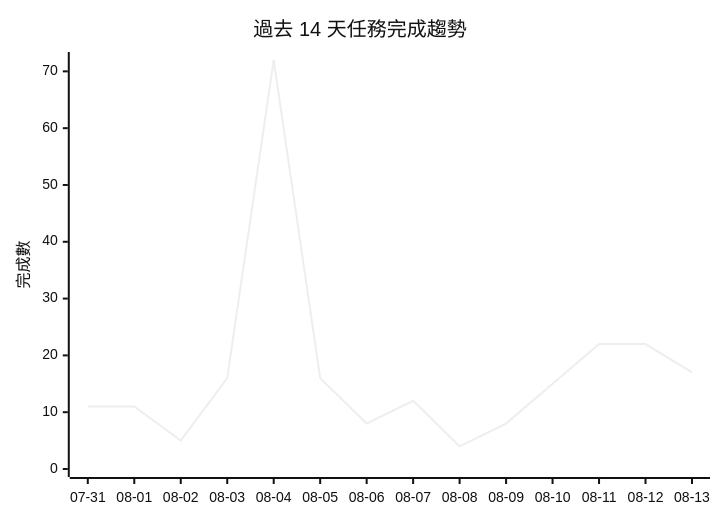
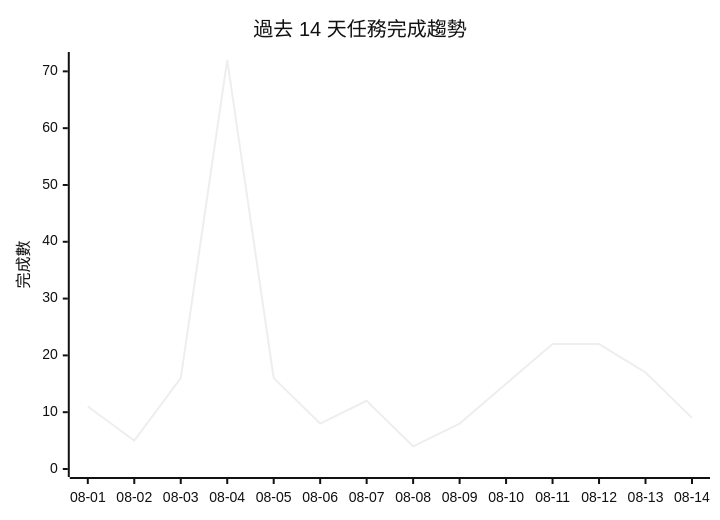
The diagram in PROJECTS.md (gentoobreaking/ai-tasks), drawn with Mermaid (neutral theme) before and after one commit. The commit also changed other lines of this file and 66 other files, not shown here.

````diff
--- a/PROJECTS.md
+++ b/PROJECTS.md
@@ -148,7 +144,7 @@
 ```mermaid
 xychart-beta
     title "過去 14 天任務完成趨勢"
-    x-axis ["07-31", "08-01", "08-02", "08-03", "08-04", "08-05", "08-06", "08-07", "08-08", "08-09", "08-10", "08-11", "08-12", "08-13"]
+    x-axis ["08-01", "08-02", "08-03", "08-04", "08-05", "08-06", "08-07", "08-08", "08-09", "08-10", "08-11", "08-12", "08-13", "08-14"]
     y-axis "完成數" 0 --> 72
-    line [11, 11, 5, 16, 72, 16, 8, 12, 4, 8, 15, 22, 22, 17]
+    line [11, 5, 16, 72, 16, 8, 12, 4, 8, 15, 22, 22, 17, 9]
 ```
````
